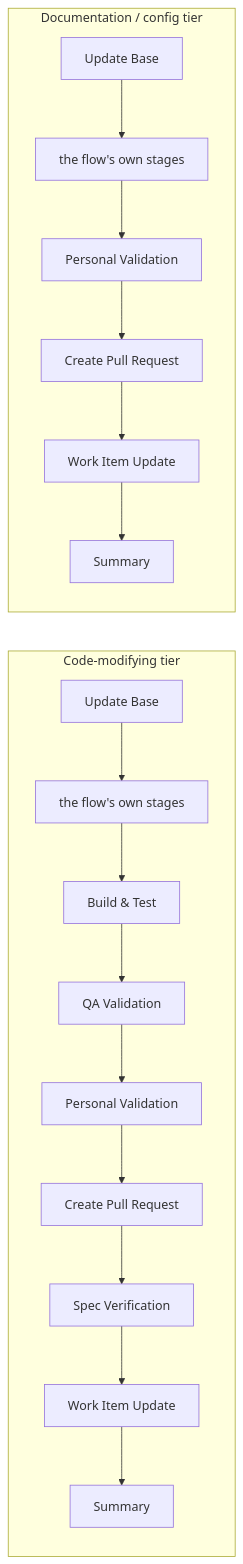
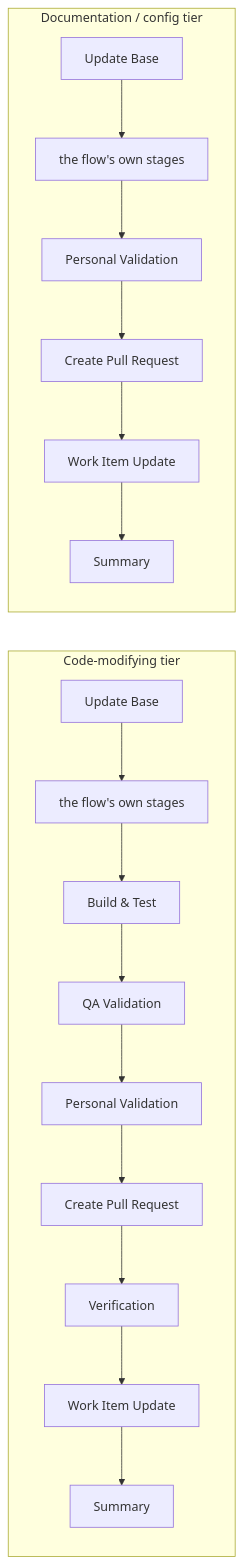
One commit to JSdotNet/devbook changed the second of 3 diagrams in .devbook/domain/delivery/flow.md. Above: the diagram before and after it, drawn with Mermaid. The commit also changed 30 other files, not shown here.

````diff
--- a/.devbook/domain/delivery/flow.md
+++ b/.devbook/domain/delivery/flow.md
@@ -66,23 +66,23 @@
 ```mermaid
 flowchart LR
     subgraph code["Code-modifying tier"]
         direction TB
         c1["Update Base"] --> c2["the flow's own stages"]
         c2 --> c3["Build & Test"]
         c3 --> c4["QA Validation"]
         c4 --> c5["Personal Validation"]
         c5 --> c6["Create Pull Request"]
-        c6 --> c7["Spec Verification"]
+        c6 --> c7["Verification"]
         c7 --> c8["Work Item Update"]
         c8 --> c9["Summary"]
     end
 
     subgraph docs["Documentation / config tier"]
         direction TB
         d1["Update Base"] --> d2["the flow's own stages"]
         d2 --> d5["Personal Validation"]
         d5 --> d6["Create Pull Request"]
         d6 --> d8["Work Item Update"]
         d8 --> d9["Summary"]
     end
 ```
````
